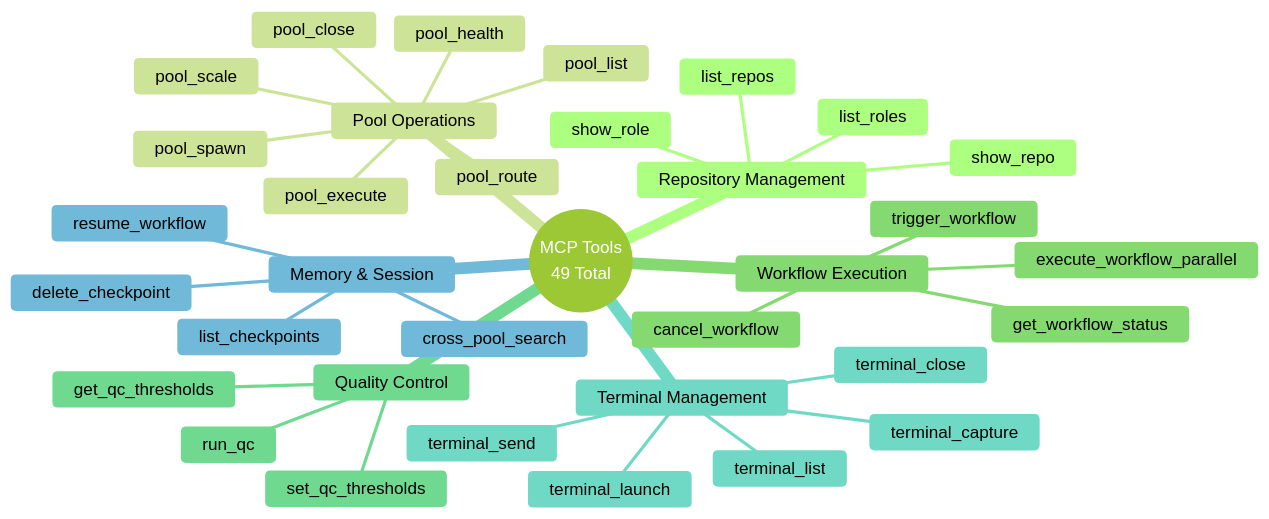
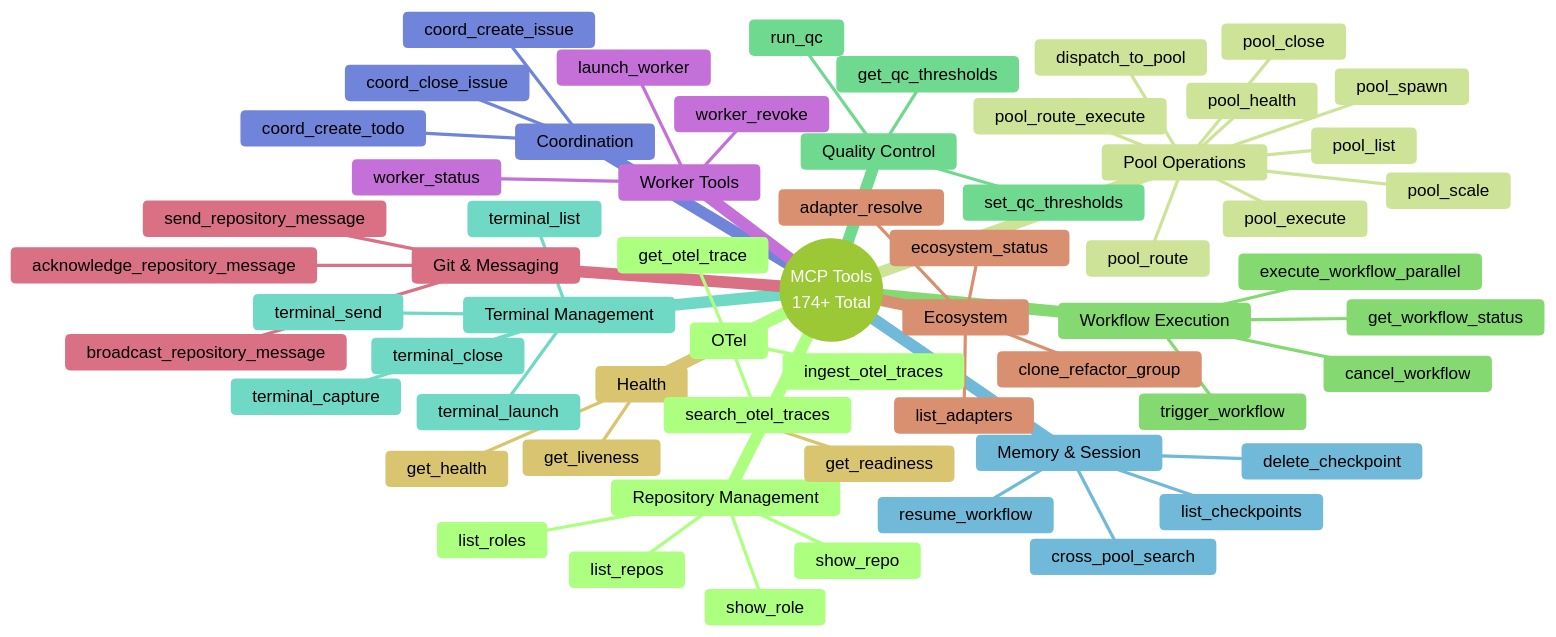
One commit to lesleslie/mahavishnu changed diagram 15 of 16 in docs/WORKFLOW_DIAGRAMS.md. Above: the diagram before and after it, drawn with Mermaid (forest theme).

Commit message:
fix(mahavishnu): update tool count 49 → 174+ in MCP tools mindmap

````diff
--- a/docs/WORKFLOW_DIAGRAMS.md
+++ b/docs/WORKFLOW_DIAGRAMS.md
@@ -493,37 +493,64 @@
 ```mermaid
 mindmap
-    root((MCP Tools<br/>49 Total))
+    root((MCP Tools<br/>174+ Total))
         Repository Management
             list_repos
             show_repo
             list_roles
             show_role
         Pool Operations
             pool_spawn
             pool_list
             pool_execute
             pool_route
             pool_scale
             pool_health
             pool_close
+            pool_route_execute
+            dispatch_to_pool
         Workflow Execution
             trigger_workflow
             get_workflow_status
             cancel_workflow
             execute_workflow_parallel
         Quality Control
             run_qc
             get_qc_thresholds
             set_qc_thresholds
         Terminal Management
             terminal_launch
             terminal_send
             terminal_capture
             terminal_list
             terminal_close
         Memory & Session
             list_checkpoints
             resume_workflow
             delete_checkpoint
             cross_pool_search
+        Coordination
+            coord_create_issue
+            coord_create_todo
+            coord_close_issue
+        Worker Tools
+            launch_worker
+            worker_status
+            worker_revoke
+        Git & Messaging
+            send_repository_message
+            broadcast_repository_message
+            acknowledge_repository_message
+        Ecosystem
+            list_adapters
+            adapter_resolve
+            ecosystem_status
+            clone_refactor_group
+        Health
+            get_health
+            get_liveness
+            get_readiness
+        OTel
+            ingest_otel_traces
+            search_otel_traces
+            get_otel_trace
 ```
````
